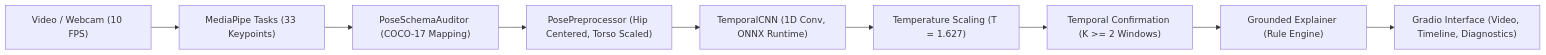
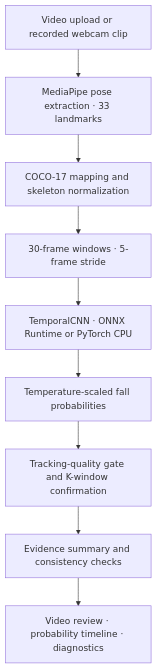
Before and after one commit to Madhumasa84/VisionGuard: the diagram in README.md, drawn with Mermaid. The commit also changed other lines of this file and 20 other files, not shown here.

````diff
--- a/README.md
+++ b/README.md
@@ -39,11 +56,13 @@
 ```mermaid
-flowchart LR
-    A["Video / Webcam (10 FPS)"] --> B["MediaPipe Tasks (33 Keypoints)"]
-    B --> C["PoseSchemaAuditor (COCO-17 Mapping)"]
-    C --> D["PosePreprocessor (Hip Centered, Torso Scaled)"]
-    D --> E["TemporalCNN (1D Conv, ONNX Runtime)"]
-    E --> F["Temperature Scaling (T = 1.627)"]
-    F --> G["Temporal Confirmation (K >= 2 Windows)"]
-    G --> H["Grounded Explainer (Rule Engine)"]
-    H --> I["Gradio Interface (Video, Timeline, Diagnostics)"]
+flowchart TD
+    A["Video upload or recorded webcam clip"]
+    B["MediaPipe pose extraction · 33 landmarks"]
+    C["COCO-17 mapping and skeleton normalization"]
+    D["30-frame windows · 5-frame stride"]
+    E["TemporalCNN · ONNX Runtime or PyTorch CPU"]
+    F["Temperature-scaled fall probabilities"]
+    G["Tracking-quality gate and K-window confirmation"]
+    H["Evidence summary and consistency checks"]
+    I["Video review · probability timeline · diagnostics"]
+    A --> B --> C --> D --> E --> F --> G --> H --> I
 ```
````
